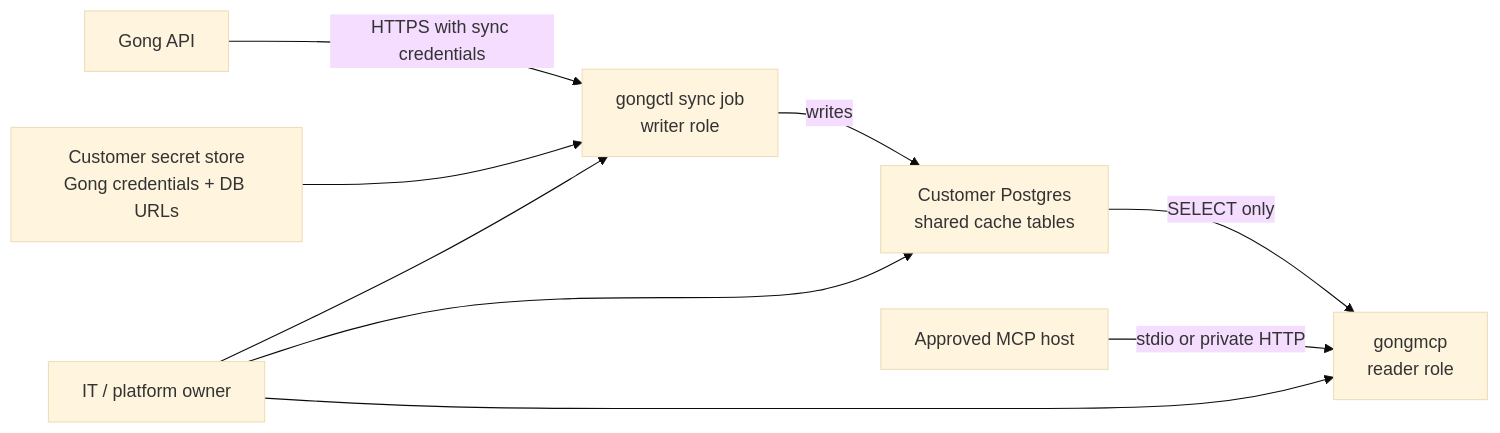
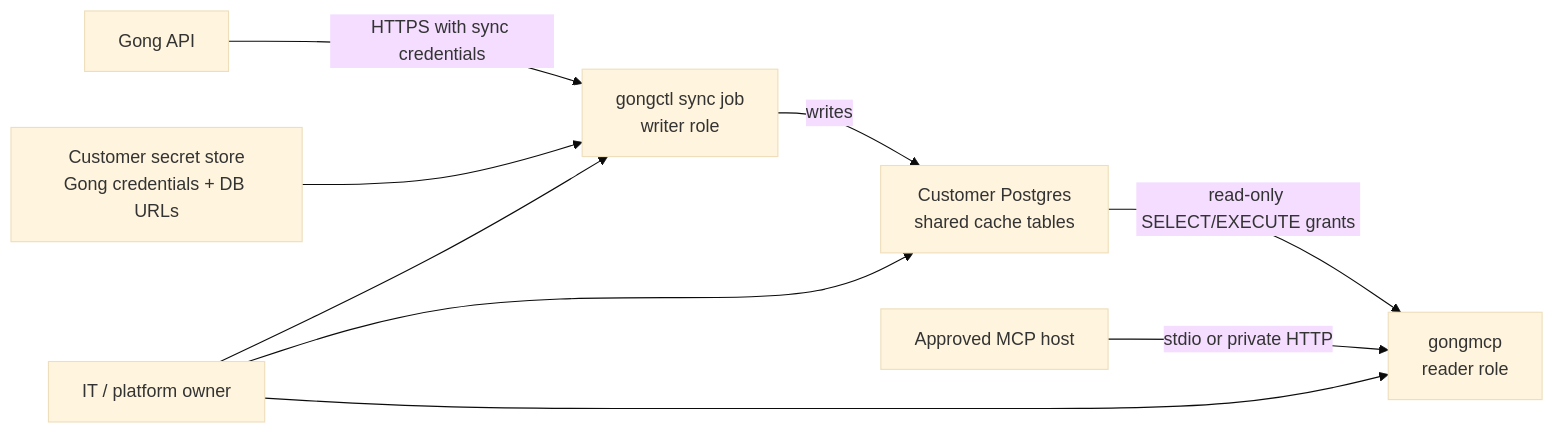
The third of 5 diagrams in docs/enterprise-deployment.md (fyne-coder/gongcli_mcp), drawn with Mermaid (base theme) before and after one commit. The commit also changed other lines of this file and 14 other files, not shown here.

````diff
--- a/docs/enterprise-deployment.md
+++ b/docs/enterprise-deployment.md
@@ -114,11 +114,11 @@
 ```mermaid
 flowchart LR
   Gong["Gong API"] -->|"HTTPS with sync credentials"| Sync["gongctl sync job\nwriter role"]
   Secrets["Customer secret store\nGong credentials + DB URLs"] --> Sync
   Sync -->|"writes"| PG["Customer Postgres\nshared cache tables"]
-  PG -->|"SELECT only"| MCP["gongmcp\nreader role"]
+  PG -->|"read-only SELECT/EXECUTE grants"| MCP["gongmcp\nreader role"]
   Host["Approved MCP host"] -->|"stdio or private HTTP"| MCP
   Ops["IT / platform owner"] --> PG
   Ops --> Sync
   Ops --> MCP
 ```
````
